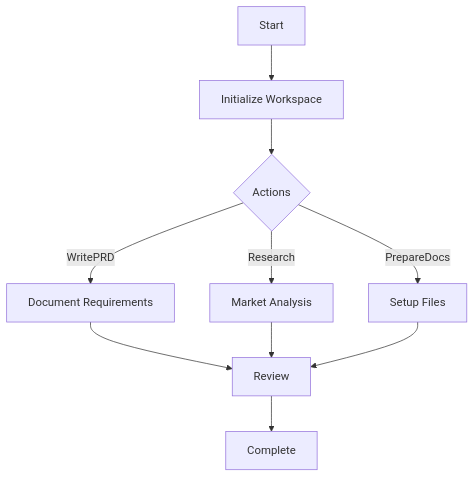
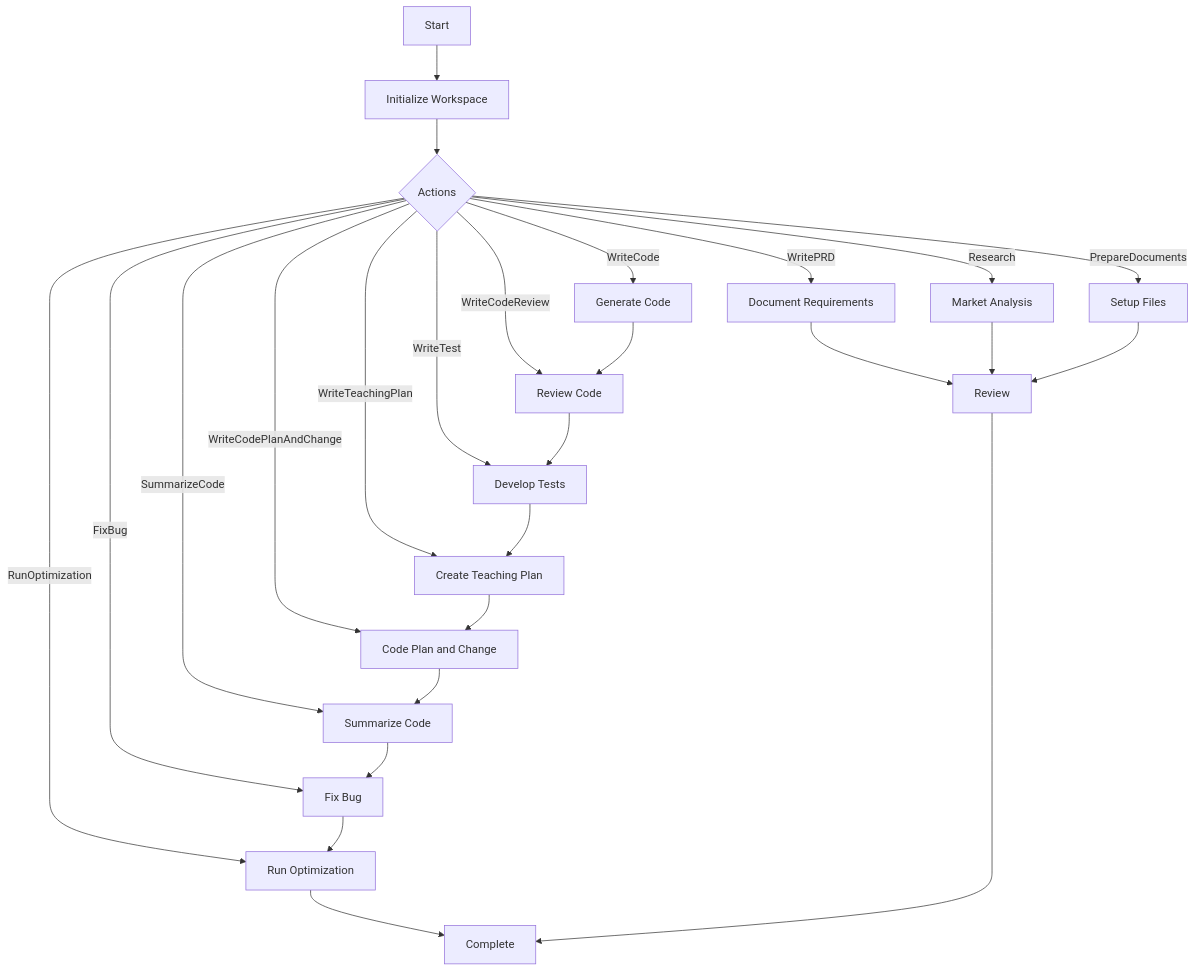
The second of 2 diagrams in project-architecture/metagpt-framework-integration.mdx (jmanhype/stratoptimus-docs), drawn with Mermaid before and after one commit. The commit also changed other lines of this file, not shown here.

````diff
--- a/project-architecture/metagpt-framework-integration.mdx
+++ b/project-architecture/metagpt-framework-integration.mdx
@@ -31,12 +127,28 @@
 ```mermaid
 graph TD;
     A[Start] --> B[Initialize Workspace];
     B --> C{Actions};
     C -->|WritePRD| D[Document Requirements];
     C -->|Research| E[Market Analysis];
-    C -->|PrepareDocs| F[Setup Files];
-    D --> G[Review];
-    E --> G;
-    F --> G;
-    G --> H[Complete];
+    C -->|PrepareDocuments| F[Setup Files];
+    C -->|WriteCode| G[Generate Code];
+    C -->|WriteCodeReview| H[Review Code];
+    C -->|WriteTest| I[Develop Tests];
+    C -->|WriteTeachingPlan| J[Create Teaching Plan];
+    C -->|WriteCodePlanAndChange| K[Code Plan and Change];
+    C -->|SummarizeCode| L[Summarize Code];
+    C -->|FixBug| M[Fix Bug];
+    C -->|RunOptimization| N[Run Optimization];
+    D --> O[Review];
+    E --> O;
+    F --> O;
+    G --> H;
+    H --> I;
+    I --> J;
+    J --> K;
+    K --> L;
+    L --> M;
+    M --> N;
+    N --> P[Complete];
+    O --> P;
 ```
````
